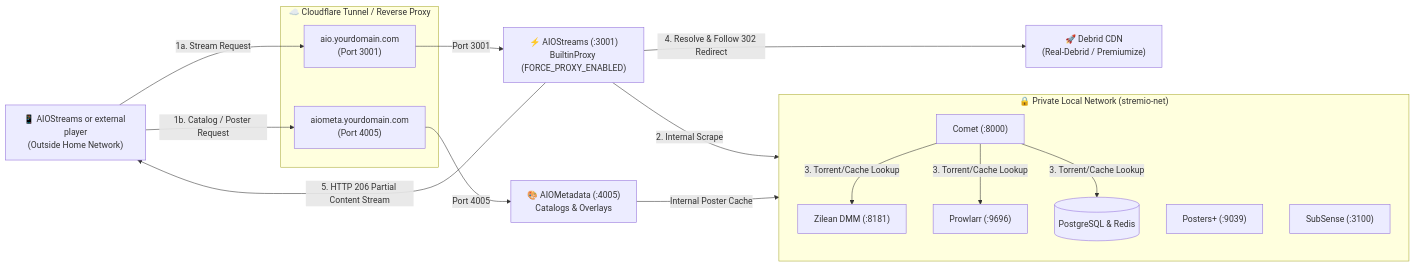
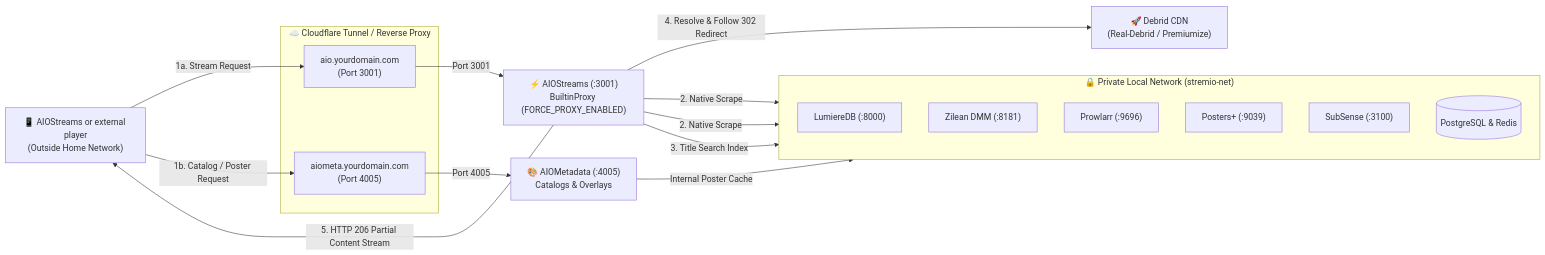
The diagram in README.md (oOflyeyesOo/AIOStreams-All-Local), drawn with Mermaid before and after one commit. The commit also changed other lines of this file and 22 other files, not shown here.

````diff
--- a/README.md
+++ b/README.md
@@ -117,73 +117,71 @@
 ```mermaid
 
 flowchart LR
 
     Player["📱 AIOStreams or external player<br/>(Outside Home Network)"]
 
     
 
     subgraph Ingress ["☁️ Cloudflare Tunnel / Reverse Proxy"]
 
         TunnelAIO["aio.yourdomain.com<br/>(Port 3001)"]
 
         TunnelMeta["aiometa.yourdomain.com<br/>(Port 4005)"]
 
     end
 
 
 
     AIO["⚡ AIOStreams (:3001)<br/>BuiltinProxy (FORCE_PROXY_ENABLED)"]
 
     AIOMeta["🎨 AIOMetadata (:4005)<br/>Catalogs & Overlays"]
 
     
 
     subgraph Internal ["🔒 Private Local Network (stremio-net)"]
 
         direction TB
 
-        Comet["Comet (:8000)"]
-
-
+        Lumiere["LumiereDB (:8000)"]
 
         Zilean["Zilean DMM (:8181)"]
 
         Prowlarr["Prowlarr (:9696)"]
 
         Posters["Posters+ (:9039)"]
 
         SubSense["SubSense (:3100)"]
 
         DB[("PostgreSQL & Redis")]
 
     end
 
     
 
     CDN["🚀 Debrid CDN<br/>(Real-Debrid / Premiumize)"]
 
 
 
     Player -->|1a. Stream Request| TunnelAIO
 
     Player -->|1b. Catalog / Poster Request| TunnelMeta
 
     
 
     TunnelAIO -->|Port 3001| AIO
 
     TunnelMeta -->|Port 4005| AIOMeta
 
     
 
-    AIO -->|2. Internal Scrape| Comet
+    AIO -->|2. Native Scrape| Prowlarr & Zilean
 
     AIOMeta -->|Internal Poster Cache| Posters
 
-    Comet -->|3. Torrent/Cache Lookup| Zilean & Prowlarr & DB
+    AIO -->|3. Title Search Index| Lumiere
 
     AIO -->|4. Resolve & Follow 302 Redirect| CDN
 
     AIO -->|5. HTTP 206 Partial Content Stream| Player
 
 ```
````
